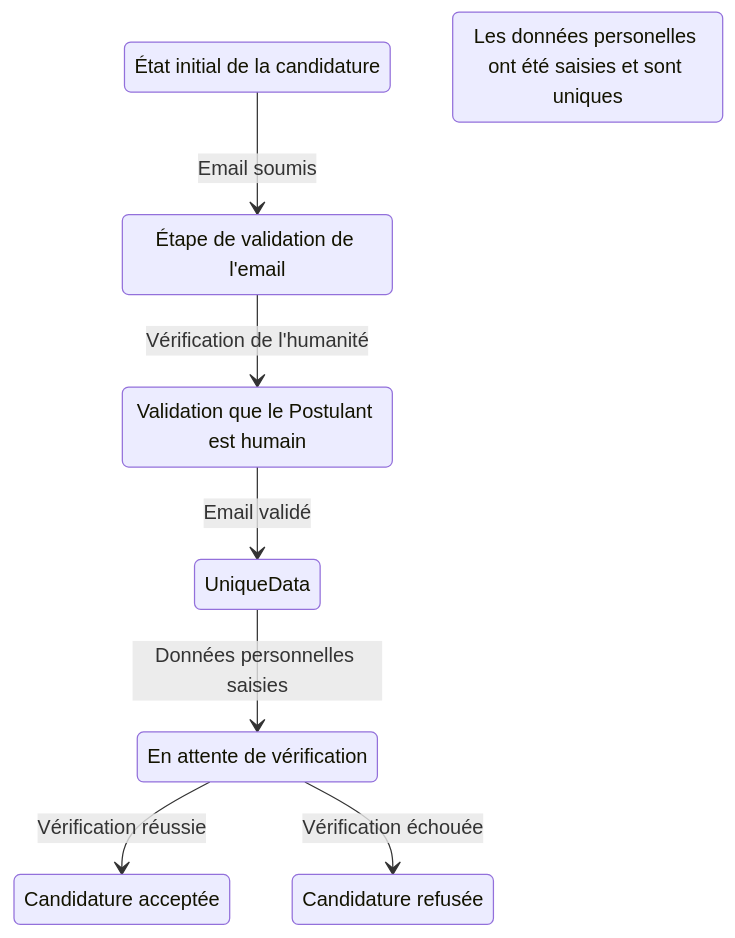
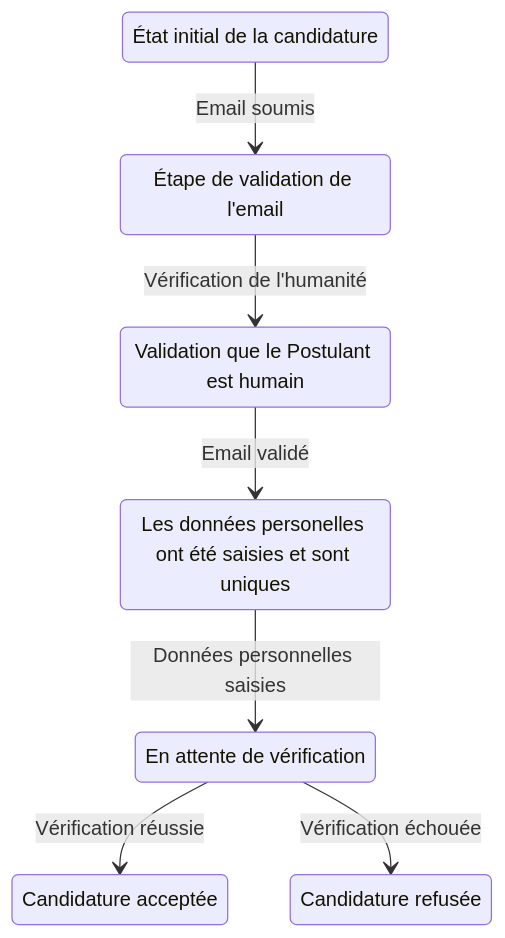
Before and after one commit to michaellaunay/alirpunkto: the first of 2 diagrams in docs/fr/Scénarios/Candidature.md, drawn with Mermaid. The commit also changed 10 other files, not shown here.

````diff
--- a/docs/fr/Scénarios/Candidature.md
+++ b/docs/fr/Scénarios/Candidature.md
@@ -169,18 +169,18 @@
 ```mermaid
 stateDiagram
     Draft: État initial de la candidature
     EmailValidation: Étape de validation de l'email
     ConfirmedHuman: Validation que le Postulant est humain
     UniqueDatas: Les données personelles ont été saisies et sont uniques
     Pending: En attente de vérification
     Approved: Candidature acceptée
     Refused: Candidature refusée
 
     Draft --> EmailValidation: Email soumis
     EmailValidation --> ConfirmedHuman: Vérification de l'humanité
-    ConfirmedHuman --> UniqueData: Email validé
-    UniqueData --> Pending : Données personnelles saisies
+    ConfirmedHuman --> UniqueDatas: Email validé
+    UniqueDatas --> Pending : Données personnelles saisies
     Pending --> Approved: Vérification réussie
     Pending --> Refused: Vérification échouée
 
 ```
````
